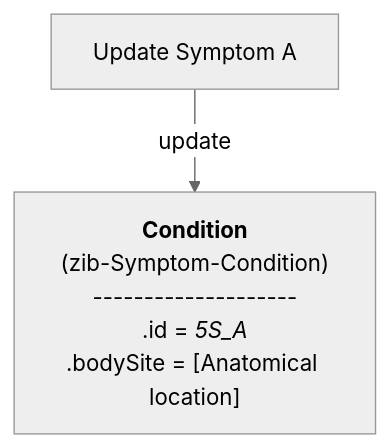
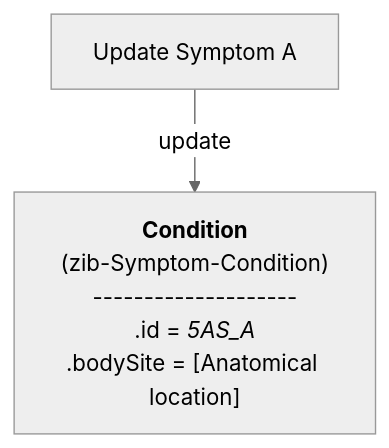
One commit to Nictiz/Nictiz-R4-zib2024 changed diagram 13 of 31 in documentation/Condition-Diagnosis-Symptom.md. Above: the diagram before and after it, drawn with Mermaid (neutral theme). The commit also changed other lines of this file, not shown here.

````diff
--- a/documentation/Condition-Diagnosis-Symptom.md
+++ b/documentation/Condition-Diagnosis-Symptom.md
@@ -558,15 +558,15 @@
 ```mermaid
 flowchart TB
 
 UpdateSymptom_A["`Update Symptom A`"]
     S_A["`**Condition**
         (zib-Symptom-Condition)
         --------------------
-        .id = _5S_A_
+        .id = _5AS_A_
         .bodySite = [Anatomical location]`"]
   
     S_A:::Ash
     classDef Ash stroke-width:1px, stroke-dasharray:none, stroke:#999999, fill:#EEEEEE, color:#000000
 
 UpdateSymptom_A -- update --> S_A
 ```
````
